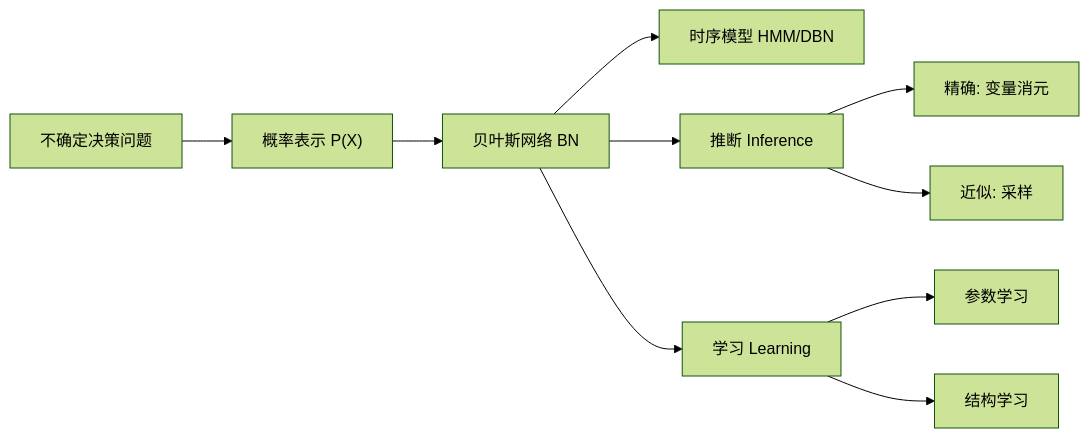
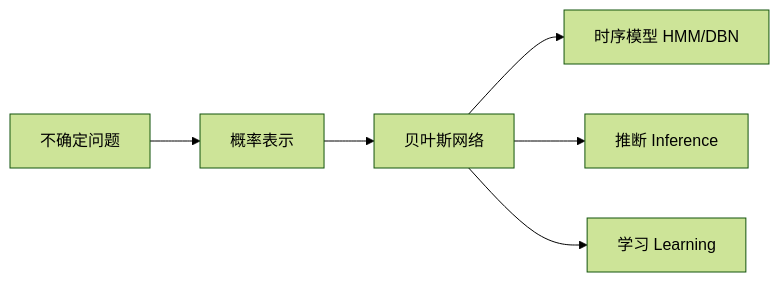
One commit to gulu-sherry/gulu-sherry.github.io changed the diagram in _includes/content/tech/dmu-ch-02.md. Above: the diagram before and after it, drawn with Mermaid (forest theme). The commit also changed other lines of this file and 5 other files, not shown here.

````diff
--- a/_includes/content/tech/dmu-ch-02.md
+++ b/_includes/content/tech/dmu-ch-02.md
@@ -129,12 +98,8 @@
 ```mermaid
 flowchart LR
-    A["不确定决策问题"] --> B["概率表示 P(X)"]
-    B --> C["贝叶斯网络 BN"]
+    A["不确定问题"] --> B["概率表示"]
+    B --> C["贝叶斯网络"]
     C --> D["时序模型 HMM/DBN"]
     C --> E["推断 Inference"]
-    E --> F["精确: 变量消元"]
-    E --> G["近似: 采样"]
-    C --> H["学习 Learning"]
-    H --> I["参数学习"]
-    H --> J["结构学习"]
+    C --> F["学习 Learning"]
 ```
````
